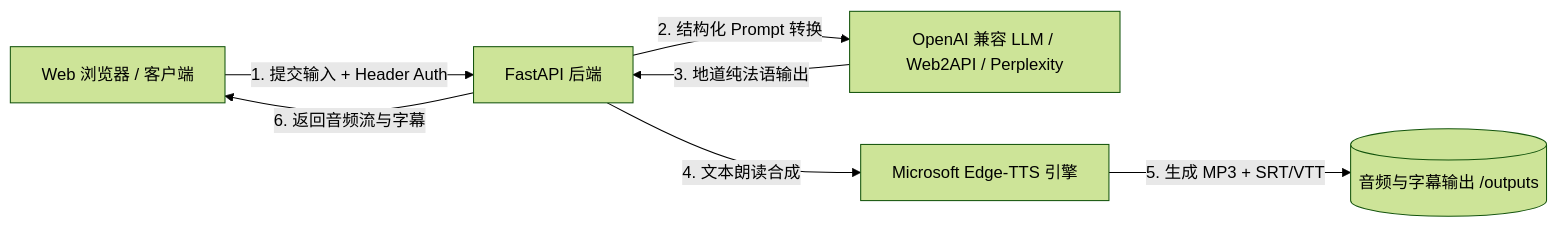
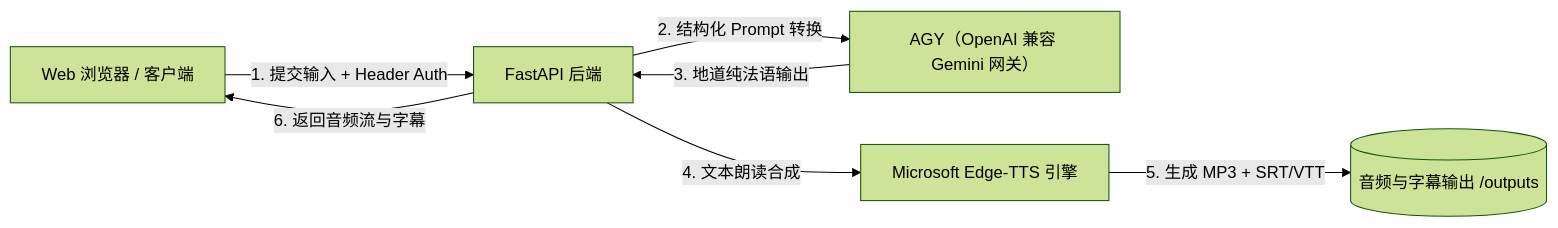
Before and after one commit to BenjaminGao2025/french-audio-studio: the diagram in README.md, drawn with Mermaid (forest theme). The commit also changed other lines of this file and 21 other files, not shown here.

````diff
--- a/README.md
+++ b/README.md
@@ -69,15 +69,15 @@
 ```mermaid
 flowchart LR
     User[Web 浏览器 / 客户端]
     FastAPI[FastAPI 后端]
-    LLM[OpenAI 兼容 LLM / Web2API / Perplexity]
+    LLM[AGY（OpenAI 兼容 Gemini 网关）]
     EdgeTTS[Microsoft Edge-TTS 引擎]
     Storage[(音频与字幕输出 /outputs)]
 
     User -->|1. 提交输入 + Header Auth| FastAPI
     FastAPI -->|2. 结构化 Prompt 转换| LLM
     LLM -->|3. 地道纯法语输出| FastAPI
     FastAPI -->|4. 文本朗读合成| EdgeTTS
     EdgeTTS -->|5. 生成 MP3 + SRT/VTT| Storage
     FastAPI -->|6. 返回音频流与字幕| User
 ```
````
